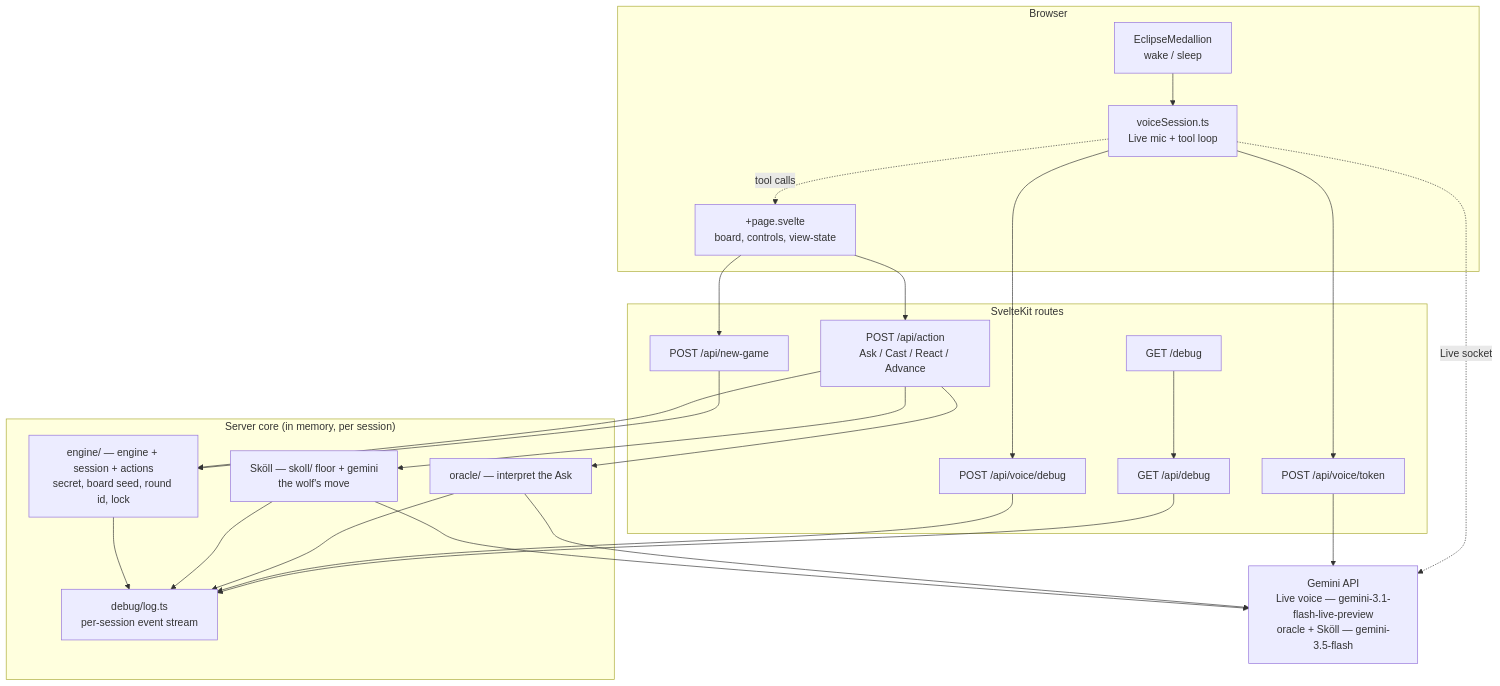
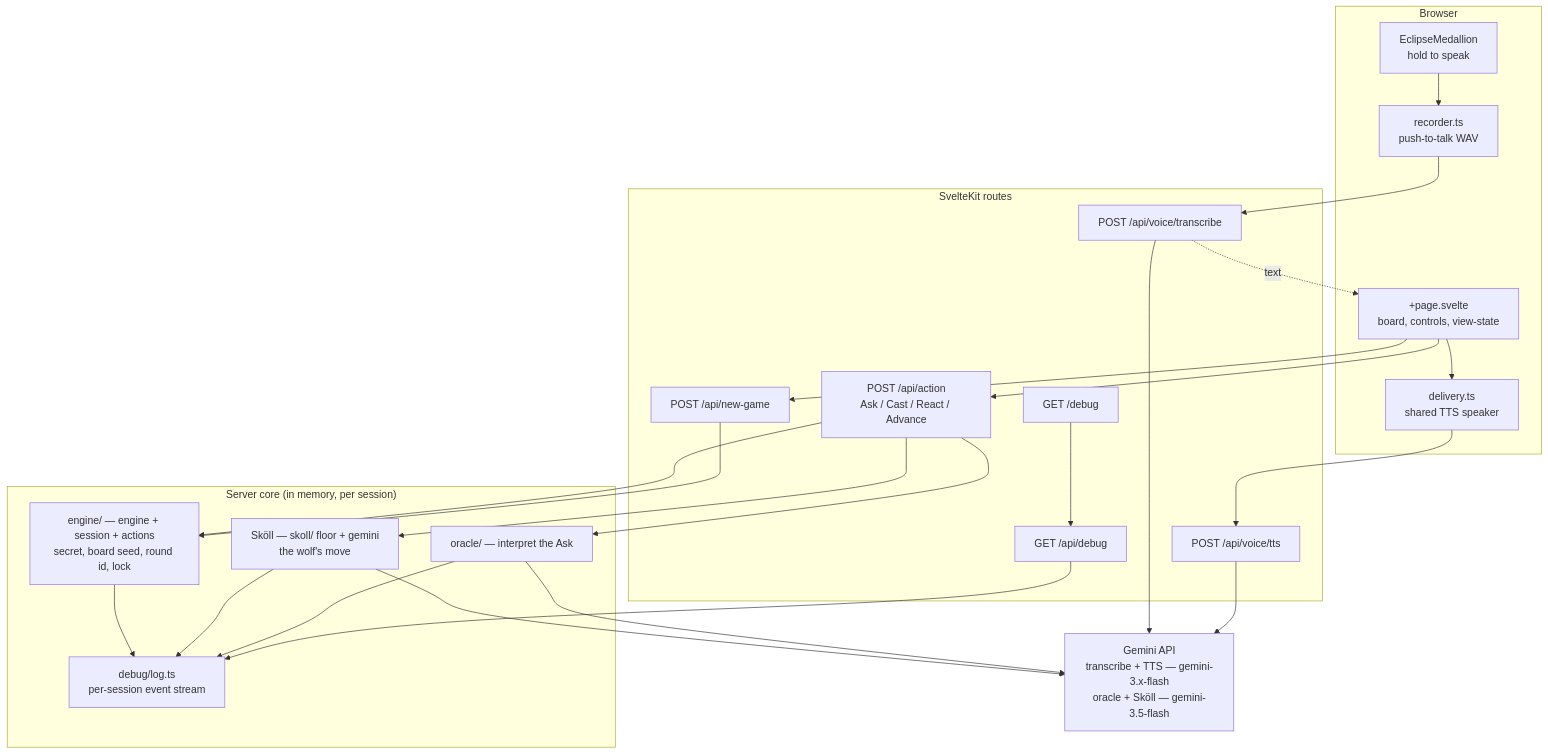
The first of 5 diagrams in docs/architecture.md (anchildress1/save-the-sun), drawn with Mermaid before and after one commit. The commit also changed other lines of this file and 37 other files, not shown here.

First line of the commit message:
feat: push-to-talk voice — retire the Live session (#60)

````diff
--- a/docs/architecture.md
+++ b/docs/architecture.md
@@ -15,52 +15,53 @@
 ```mermaid
 flowchart TB
     accTitle: Save the Sun system overview
-    accDescr: The browser talks to SvelteKit routes, which call the in-memory server core and the Gemini API. The engine referees the round; Gemini interprets Asks, plays Sköll, and voices the Oracle.
+    accDescr: The browser talks to SvelteKit routes, which call the in-memory server core and the Gemini API. The engine referees the round; Gemini interprets Asks, plays Sköll, transcribes push-to-talk audio, and voices the Oracle and Sköll.
 
     subgraph Browser["Browser"]
         Page["+page.svelte<br/>board, controls, view-state"]
-        Voice["voiceSession.ts<br/>Live mic + tool loop"]
-        Medallion["EclipseMedallion<br/>wake / sleep"]
+        Rec["recorder.ts<br/>push-to-talk WAV"]
+        Medallion["EclipseMedallion<br/>hold to speak"]
+        Del["delivery.ts<br/>shared TTS speaker"]
     end
 
     subgraph Routes["SvelteKit routes"]
         Action["POST /api/action<br/>Ask / Cast / React / Advance"]
         NewGame["POST /api/new-game"]
-        Token["POST /api/voice/token"]
-        VDebug["POST /api/voice/debug"]
+        Transcribe["POST /api/voice/transcribe"]
+        TTS["POST /api/voice/tts"]
         Debug["GET /api/debug"]
         DebugPage["GET /debug"]
     end
 
     subgraph Core["Server core (in memory, per session)"]
         Engine["engine/ — engine + session + actions<br/>secret, board seed, round id, lock"]
-        Skoll["Sköll — skoll/ floor + gemini<br/>the wolf's move"]
+        Sköll["Sköll — skoll/ floor + gemini<br/>the wolf's move"]
         Oracle["oracle/ — interpret the Ask"]
         Log["debug/log.ts<br/>per-session event stream"]
     end
 
-    Gemini["Gemini API<br/>Live voice — gemini-3.1-flash-live-preview<br/>oracle + Sköll — gemini-3.5-flash"]
+    Gemini["Gemini API<br/>transcribe + TTS — gemini-3.x-flash<br/>oracle + Sköll — gemini-3.5-flash"]
 
     Page --> Action
     Page --> NewGame
-    Medallion --> Voice
-    Voice --> Token
-    Voice --> VDebug
-    Voice -.tool calls.-> Page
+    Medallion --> Rec
+    Rec --> Transcribe
+    Transcribe -.text.-> Page
+    Page --> Del
+    Del --> TTS
     DebugPage --> Debug
 
     Action --> Engine
-    Action --> Skoll
+    Action --> Sköll
     Action --> Oracle
     NewGame --> Engine
-    Token --> Gemini
-    Skoll --> Gemini
+    Transcribe --> Gemini
+    TTS --> Gemini
+    Sköll --> Gemini
     Oracle --> Gemini
-    Voice -.Live socket.-> Gemini
 
     Engine --> Log
-    Skoll --> Log
+    Sköll --> Log
     Oracle --> Log
-    VDebug --> Log
     Debug --> Log
 ```
````
